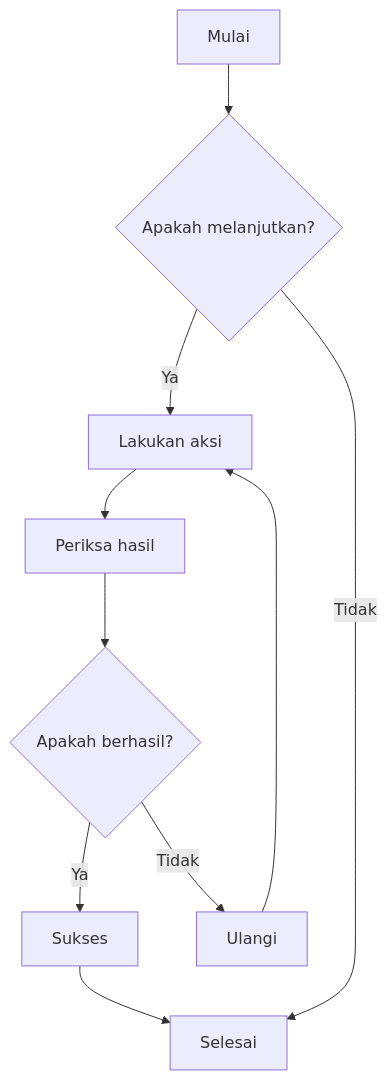
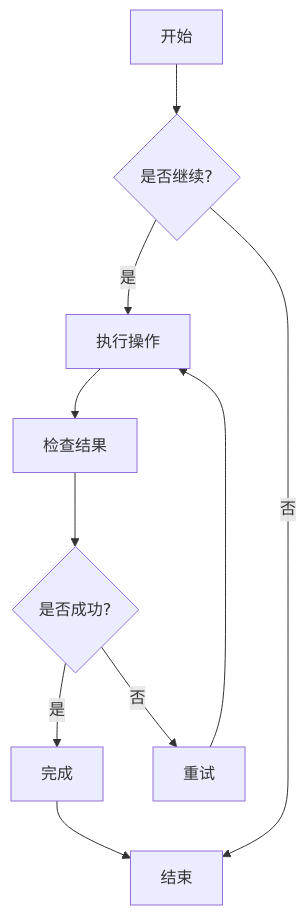
One commit to zccz14/CZON changed the first of 7 diagrams in .czon/src/id-ID/8938d6aac9c056c06137a041b8e82379bfb619bb6d435b9ecec515337dd0cd69.md. Above: the diagram before and after it, drawn with Mermaid. The commit also changed other lines of this file and 148 other files, not shown here.

````diff
--- a/.czon/src/id-ID/8938d6aac9c056c06137a041b8e82379bfb619bb6d435b9ecec515337dd0cd69.md
+++ b/.czon/src/id-ID/8938d6aac9c056c06137a041b8e82379bfb619bb6d435b9ecec515337dd0cd69.md
@@ -23,12 +22,12 @@
 ```mermaid
 graph TD
-    A[Mulai] --> B{Apakah melanjutkan?}
-    B -->|Ya| C[Lakukan aksi]
-    B -->|Tidak| D[Selesai]
-    C --> E[Periksa hasil]
-    E --> F{Apakah berhasil?}
-    F -->|Ya| G[Sukses]
-    F -->|Tidak| H[Ulangi]
+    A[开始] --> B{是否继续?}
+    B -->|是| C[执行操作]
+    B -->|否| D[结束]
+    C --> E[检查结果]
+    E --> F{是否成功?}
+    F -->|是| G[完成]
+    F -->|否| H[重试]
     H --> C
     G --> D
 ```
````
